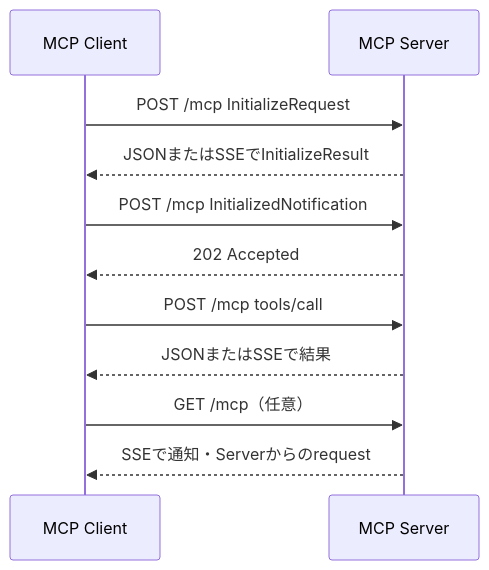
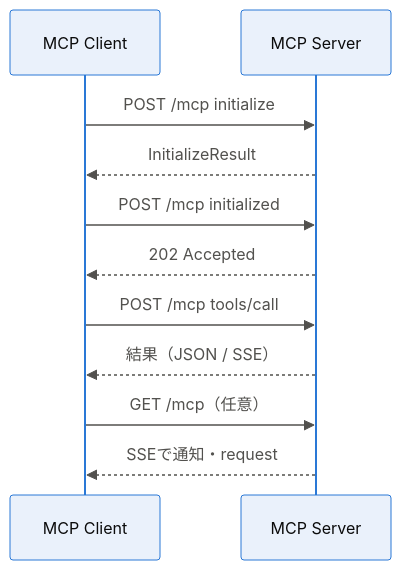
The diagram in _posts/2026-06-22-mcp-local-remote-transports.md (Kaito-ickw/Kaito-ickw.github.io), drawn with Mermaid before and after one commit. The commit also changed other lines of this file and 85 other files, not shown here.

First line of the commit message:
refactor: 記事内のMermaid図をSVGへ移行しレイアウトエンジンを追加

````diff
--- a/_posts/2026-06-22-mcp-local-remote-transports.md
+++ b/_posts/2026-06-22-mcp-local-remote-transports.md
@@ -111,14 +84,15 @@
 ```mermaid!
+%%{init: {'theme':'base','themeVariables':{'fontFamily':'system-ui, -apple-system, sans-serif','fontSize':'15px','actorBkg':'#eaf1fb','actorBorder':'#2a78d6','actorTextColor':'#0b0b0b','signalColor':'#52514e','signalTextColor':'#52514e','noteBkgColor':'#f0efec','noteBorderColor':'#c3c2b7','lineColor':'#a9a89d','textColor':'#0b0b0b'}}}%%
 sequenceDiagram
     participant C as MCP Client
     participant S as MCP Server
 
-    C->>S: POST /mcp InitializeRequest
-    S-->>C: JSONまたはSSEでInitializeResult
-    C->>S: POST /mcp InitializedNotification
+    C->>S: POST /mcp initialize
+    S-->>C: InitializeResult
+    C->>S: POST /mcp initialized
     S-->>C: 202 Accepted
     C->>S: POST /mcp tools/call
-    S-->>C: JSONまたはSSEで結果
+    S-->>C: 結果（JSON / SSE）
     C->>S: GET /mcp（任意）
-    S-->>C: SSEで通知・Serverからのrequest
+    S-->>C: SSEで通知・request
 ```
````
